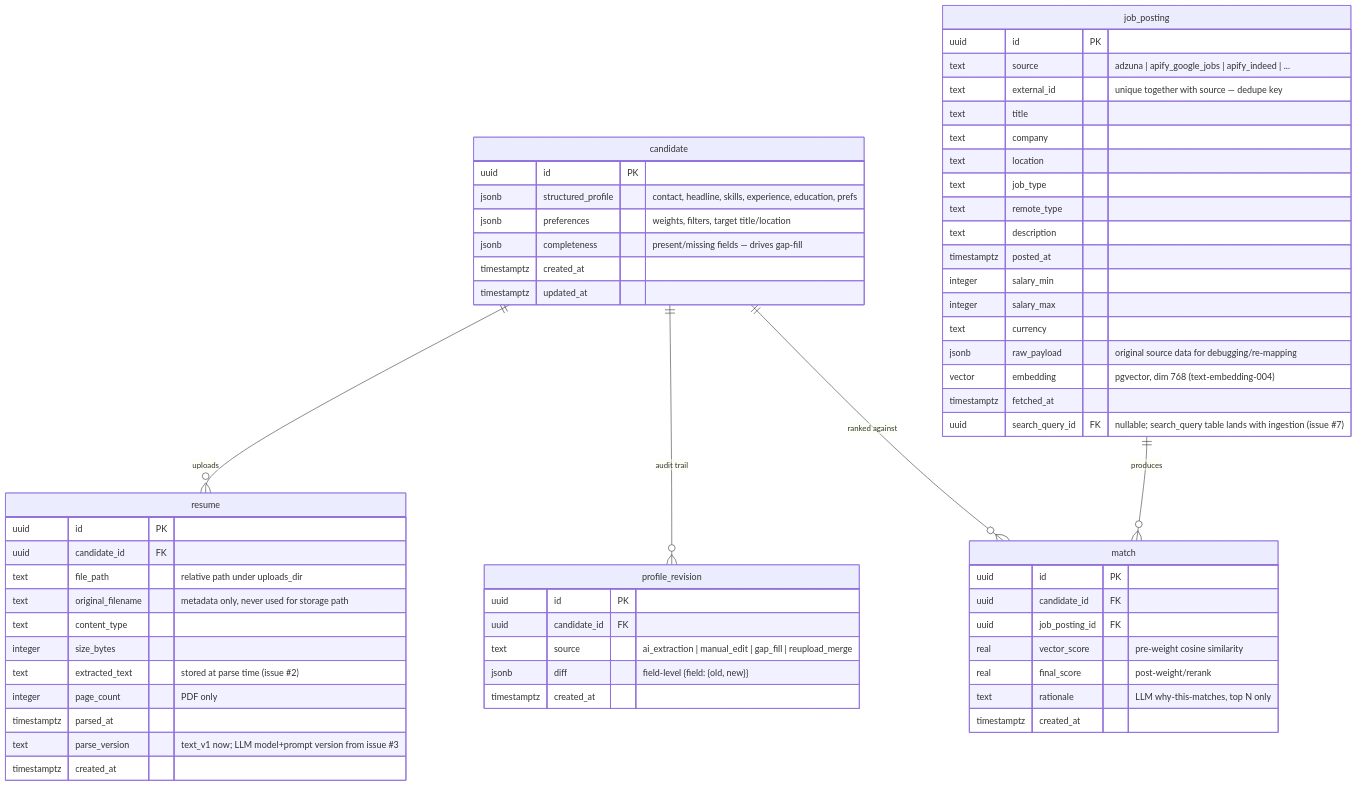
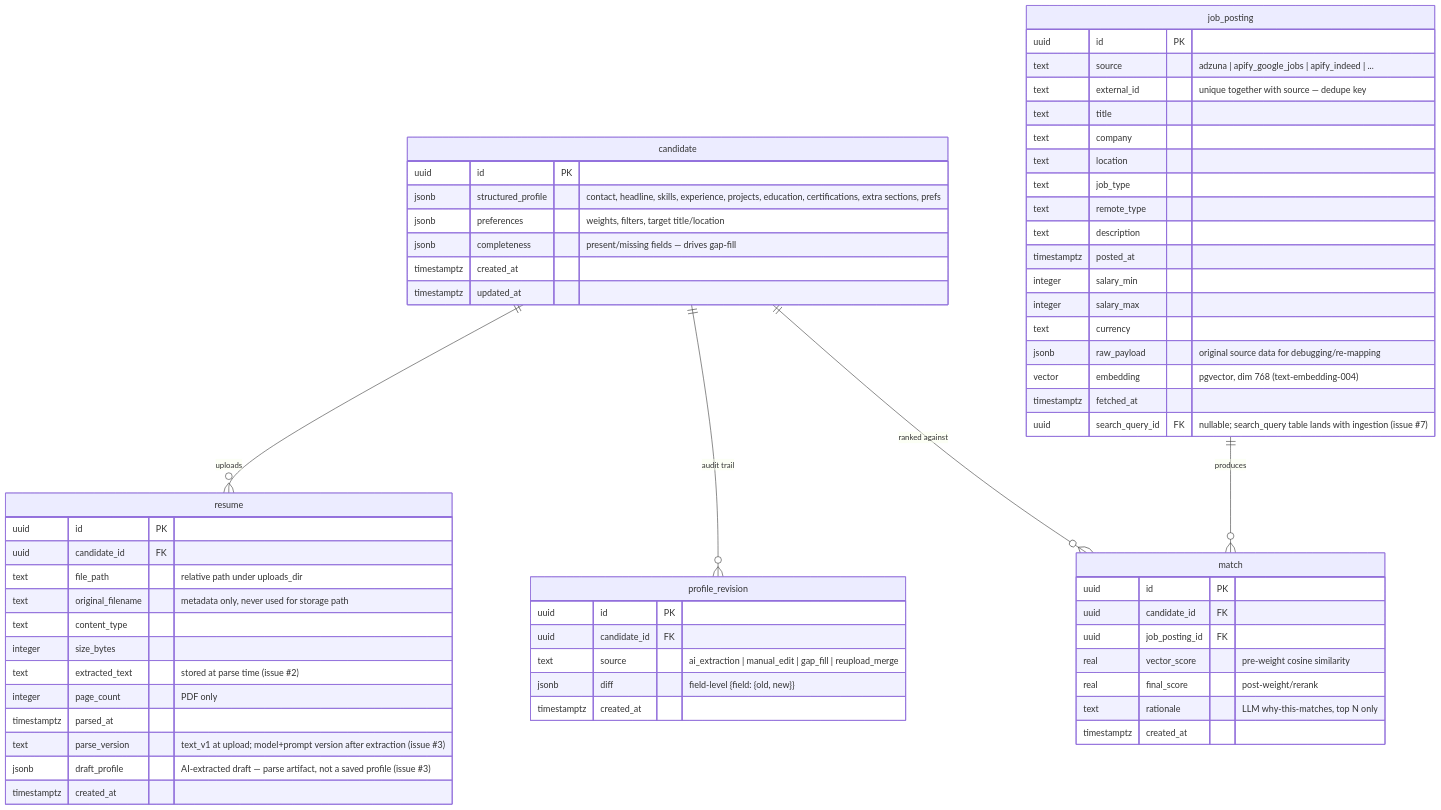
The fourth of 4 diagrams in docs/architecture.md (MSVhora/ai_job_assistant), drawn with Mermaid before and after one commit. The commit also changed other lines of this file and 23 other files, not shown here.

First line of the commit message:
Add LLM structured profile extraction with draft persistence

````diff
--- a/docs/architecture.md
+++ b/docs/architecture.md
@@ -101,68 +105,69 @@
 ```mermaid
 erDiagram
     candidate ||--o{ resume : "uploads"
     candidate ||--o{ profile_revision : "audit trail"
     candidate ||--o{ match : "ranked against"
     job_posting ||--o{ match : "produces"
 
     candidate {
         uuid id PK
-        jsonb structured_profile "contact, headline, skills, experience, education, prefs"
+        jsonb structured_profile "contact, headline, skills, experience, projects, education, certifications, extra sections, prefs"
         jsonb preferences "weights, filters, target title/location"
         jsonb completeness "present/missing fields — drives gap-fill"
         timestamptz created_at
         timestamptz updated_at
     }
 
     resume {
         uuid id PK
         uuid candidate_id FK
         text file_path "relative path under uploads_dir"
         text original_filename "metadata only, never used for storage path"
         text content_type
         integer size_bytes
         text extracted_text "stored at parse time (issue #2)"
         integer page_count "PDF only"
         timestamptz parsed_at
-        text parse_version "text_v1 now; LLM model+prompt version from issue #3"
+        text parse_version "text_v1 at upload; model+prompt version after extraction (issue #3)"
+        jsonb draft_profile "AI-extracted draft — parse artifact, not a saved profile (issue #3)"
         timestamptz created_at
     }
 
     profile_revision {
         uuid id PK
         uuid candidate_id FK
         text source "ai_extraction | manual_edit | gap_fill | reupload_merge"
         jsonb diff "field-level {field: {old, new}}"
         timestamptz created_at
     }
 
     job_posting {
         uuid id PK
         text source "adzuna | apify_google_jobs | apify_indeed | ..."
         text external_id "unique together with source — dedupe key"
         text title
         text company
         text location
         text job_type
         text remote_type
         text description
         timestamptz posted_at
         integer salary_min
         integer salary_max
         text currency
         jsonb raw_payload "original source data for debugging/re-mapping"
         vector embedding "pgvector, dim 768 (text-embedding-004)"
         timestamptz fetched_at
         uuid search_query_id FK "nullable; search_query table lands with ingestion (issue #7)"
     }
 
     match {
         uuid id PK
         uuid candidate_id FK
         uuid job_posting_id FK
         real vector_score "pre-weight cosine similarity"
         real final_score "post-weight/rerank"
         text rationale "LLM why-this-matches, top N only"
         timestamptz created_at
     }
 ```
````
